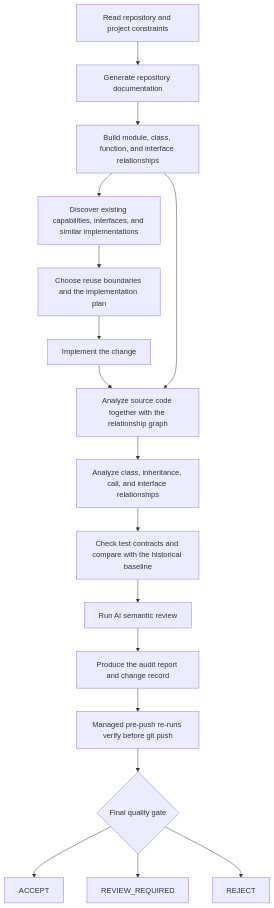
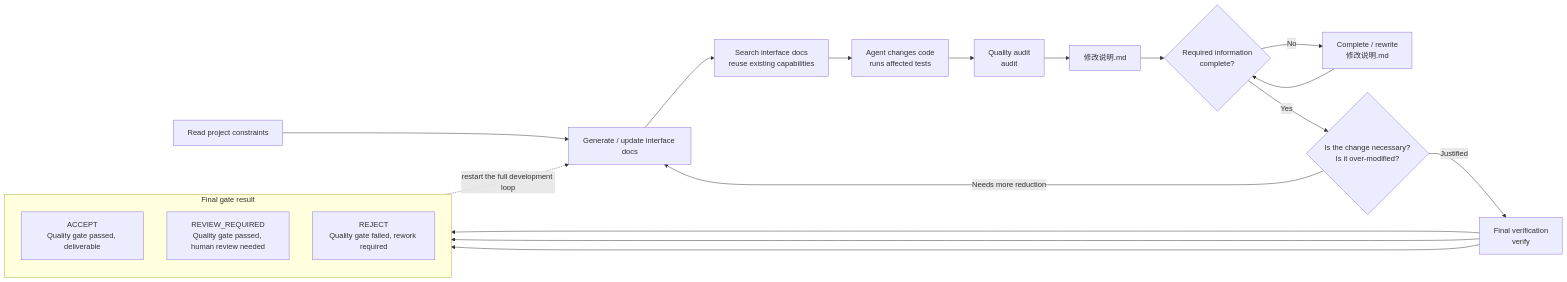
The diagram in README.md (shijunfeng00/repository-quality-guard), drawn with Mermaid before and after one commit. The commit also changed other lines of this file and 1 other file, not shown here.

````diff
--- a/README.md
+++ b/README.md
@@ -48,27 +142,26 @@
 ```mermaid
-flowchart TD
-    A[Read repository and project constraints]
-    B[Generate repository documentation]
-    C[Build module, class, function, and interface relationships]
-    D[Discover existing capabilities, interfaces, and similar implementations]
-    E[Choose reuse boundaries and the implementation plan]
-    F[Implement the change]
-    G[Analyze source code together with the relationship graph]
-    H[Analyze class, inheritance, call, and interface relationships]
-    I[Check test contracts and compare with the historical baseline]
-    J[Run AI semantic review]
-    K[Produce the audit report and change record]
-    P[Managed pre-push re-runs verify before git push]
-    L{Final quality gate}
-    M[ACCEPT]
-    N[REVIEW_REQUIRED]
-    O[REJECT]
+flowchart LR
+    A[Read project constraints] --> B[Generate / update interface docs]
+    B --> C[Search interface docs<br/>reuse existing capabilities]
+    C --> D[Agent changes code<br/>runs affected tests]
+    D --> E[Quality audit<br/>audit]
+    E --> F[修改说明.md]
+    F --> G{Required information<br/>complete?}
+    G -->|No| H[Complete / rewrite<br/>修改说明.md]
+    H --> G
+    G -->|Yes| I{Is the change necessary?<br/>Is it over-modified?}
+    I -->|Needs more reduction| B
+    I -->|Justified| V[Final verification<br/>verify]
 
-    A --> B --> C --> D --> E --> F
-    F --> G
-    C --> G
-    G --> H --> I --> J --> K --> P --> L
-    L --> M
-    L --> N
-    L --> O
+    subgraph R[Final gate result]
+        direction TB
+        R1[ACCEPT<br/>Quality gate passed, deliverable]
+        R2[REVIEW_REQUIRED<br/>Quality gate passed, human review needed]
+        R3[REJECT<br/>Quality gate failed, rework required]
+    end
+
+    V --> R1
+    V --> R2
+    V --> R3
+    R3 -.restart the full development loop.-> B
 ```
````
